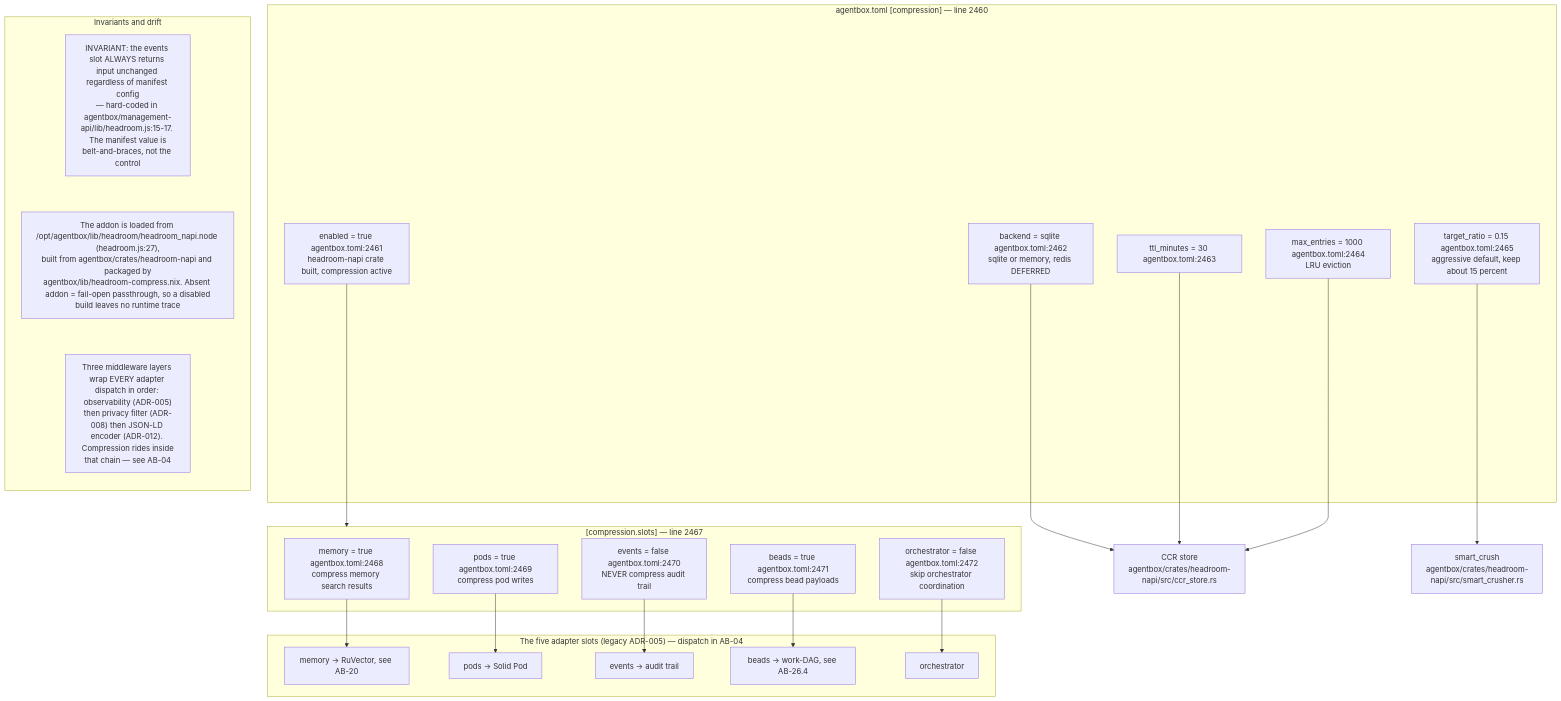
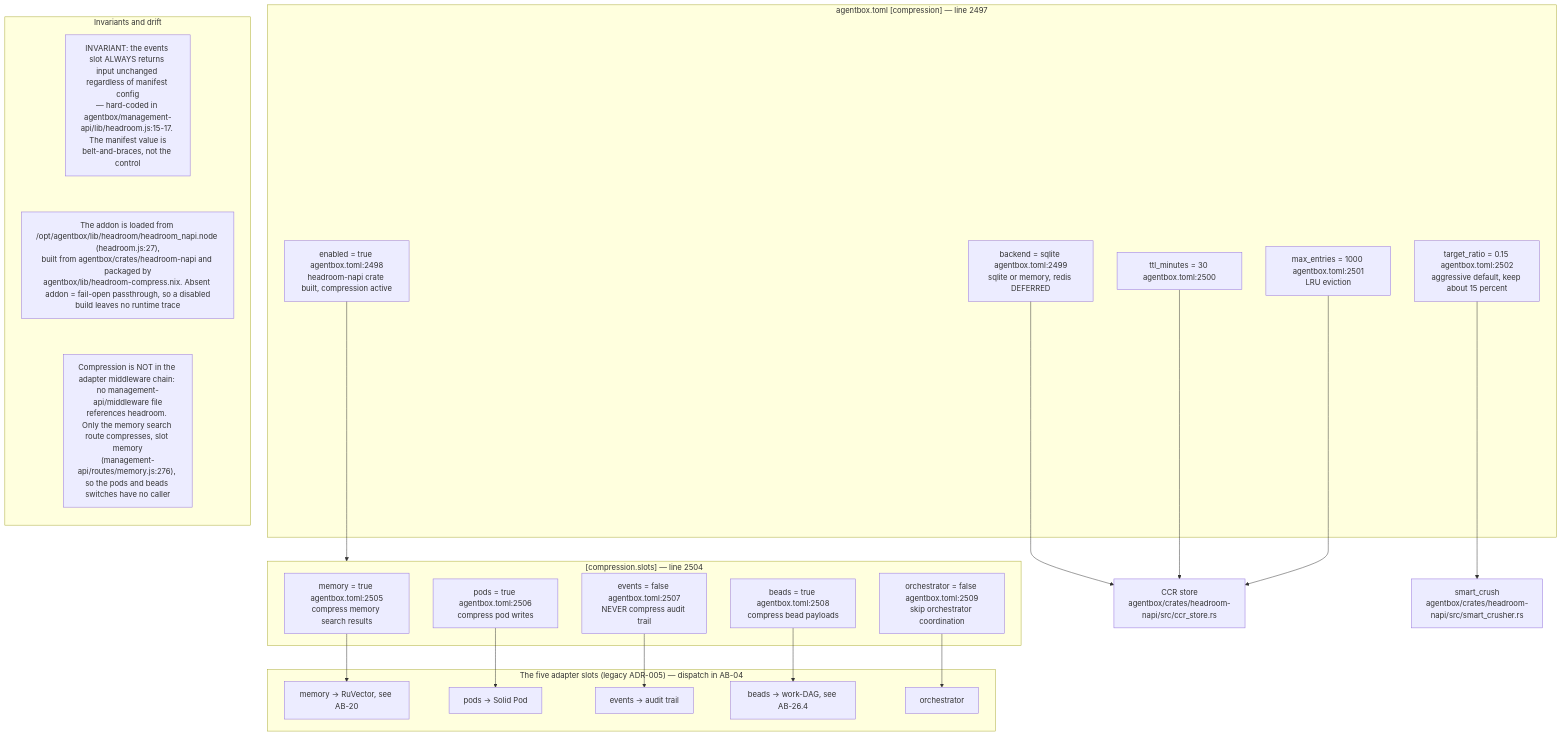
The ninth of 9 diagrams in docs/diagrams/agentbox/26-headroom-beads-spawn-brain.md (DreamLab-AI/VisionFlow), drawn with Mermaid before and after one commit. The commit also changed other lines of this file and 173 other files, not shown here.

First line of the commit message:
docs(audit): estate audit wave 3, agentbox and VisionClaw; ledger complete

````diff
--- a/docs/diagrams/agentbox/26-headroom-beads-spawn-brain.md
+++ b/docs/diagrams/agentbox/26-headroom-beads-spawn-brain.md
@@ -368,41 +383,41 @@
 ```mermaid
 flowchart TB
-    subgraph man["agentbox.toml [compression] — line 2460"]
-        E["enabled = true agentbox.toml:2461<br/>headroom-napi crate built, compression active"]
-        B["backend = sqlite agentbox.toml:2462<br/>sqlite or memory, redis DEFERRED"]
-        T["ttl_minutes = 30 agentbox.toml:2463"]
-        M["max_entries = 1000 agentbox.toml:2464<br/>LRU eviction"]
-        R["target_ratio = 0.15 agentbox.toml:2465<br/>aggressive default, keep about 15 percent"]
+    subgraph man["agentbox.toml [compression] — line 2497"]
+        E["enabled = true agentbox.toml:2498<br/>headroom-napi crate built, compression active"]
+        B["backend = sqlite agentbox.toml:2499<br/>sqlite or memory, redis DEFERRED"]
+        T["ttl_minutes = 30 agentbox.toml:2500"]
+        M["max_entries = 1000 agentbox.toml:2501<br/>LRU eviction"]
+        R["target_ratio = 0.15 agentbox.toml:2502<br/>aggressive default, keep about 15 percent"]
     end
-    subgraph slots["[compression.slots] — line 2467"]
-        S1["memory = true agentbox.toml:2468<br/>compress memory search results"]
-        S2["pods = true agentbox.toml:2469<br/>compress pod writes"]
-        S3["events = false agentbox.toml:2470<br/>NEVER compress audit trail"]
-        S4["beads = true agentbox.toml:2471<br/>compress bead payloads"]
-        S5["orchestrator = false agentbox.toml:2472<br/>skip orchestrator coordination"]
+    subgraph slots["[compression.slots] — line 2504"]
+        S1["memory = true agentbox.toml:2505<br/>compress memory search results"]
+        S2["pods = true agentbox.toml:2506<br/>compress pod writes"]
+        S3["events = false agentbox.toml:2507<br/>NEVER compress audit trail"]
+        S4["beads = true agentbox.toml:2508<br/>compress bead payloads"]
+        S5["orchestrator = false agentbox.toml:2509<br/>skip orchestrator coordination"]
     end
     subgraph adapters["The five adapter slots (legacy ADR-005) — dispatch in AB-04"]
         A1["memory → RuVector, see AB-20"]
         A2["pods → Solid Pod"]
         A3["events → audit trail"]
         A4["beads → work-DAG, see AB-26.4"]
         A5["orchestrator"]
     end
     E --> slots
     S1 --> A1
     S2 --> A2
     S3 --> A3
     S4 --> A4
     S5 --> A5
     B --> CCR["CCR store<br/>agentbox/crates/headroom-napi/src/ccr_store.rs"]
     T --> CCR
     M --> CCR
     R --> SC["smart_crush<br/>agentbox/crates/headroom-napi/src/smart_crusher.rs"]
     subgraph notes["Invariants and drift"]
         direction TB
         N1["INVARIANT: the events slot ALWAYS returns input unchanged regardless of manifest config<br/>— hard-coded in agentbox/management-api/lib/headroom.js:15-17. The manifest value is<br/>belt-and-braces, not the control"]
         N2["The addon is loaded from /opt/agentbox/lib/headroom/headroom_napi.node (headroom.js:27),<br/>built from agentbox/crates/headroom-napi and packaged by<br/>agentbox/lib/headroom-compress.nix. Absent addon = fail-open passthrough, so a disabled<br/>build leaves no runtime trace"]
-        N3["Three middleware layers wrap EVERY adapter dispatch in order: observability (ADR-005)<br/>then privacy filter (ADR-008) then JSON-LD encoder (ADR-012). Compression rides inside<br/>that chain — see AB-04"]
+        N3["Compression is NOT in the adapter middleware chain: no management-api/middleware file<br/>references headroom. Only the memory search route compresses, slot memory<br/>(management-api/routes/memory.js:276), so the pods and beads switches have no caller"]
         N1 ~~~ N2 ~~~ N3
     end
 ```
````
